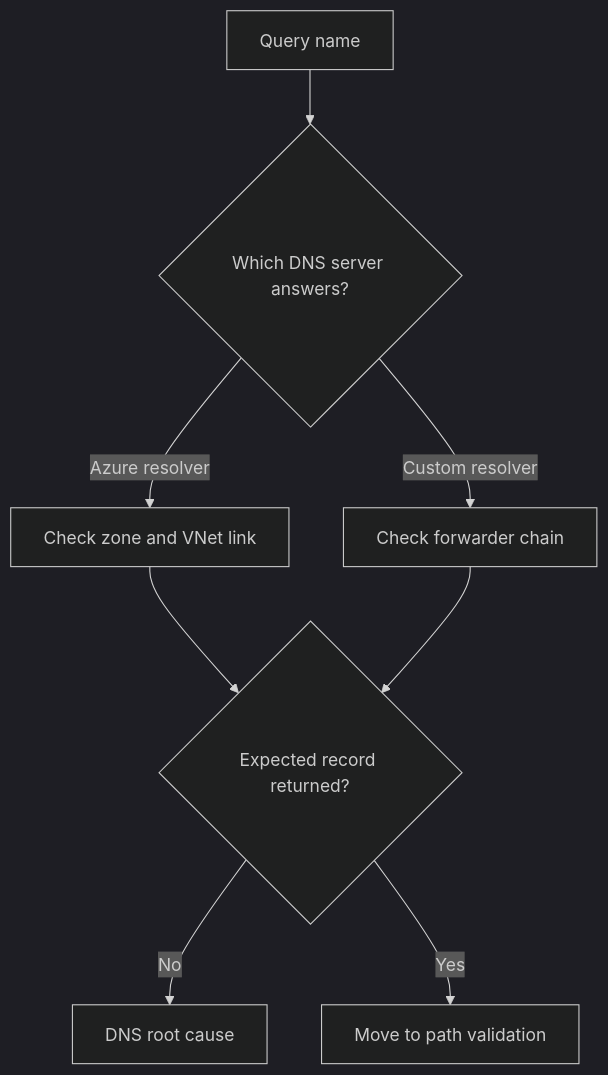
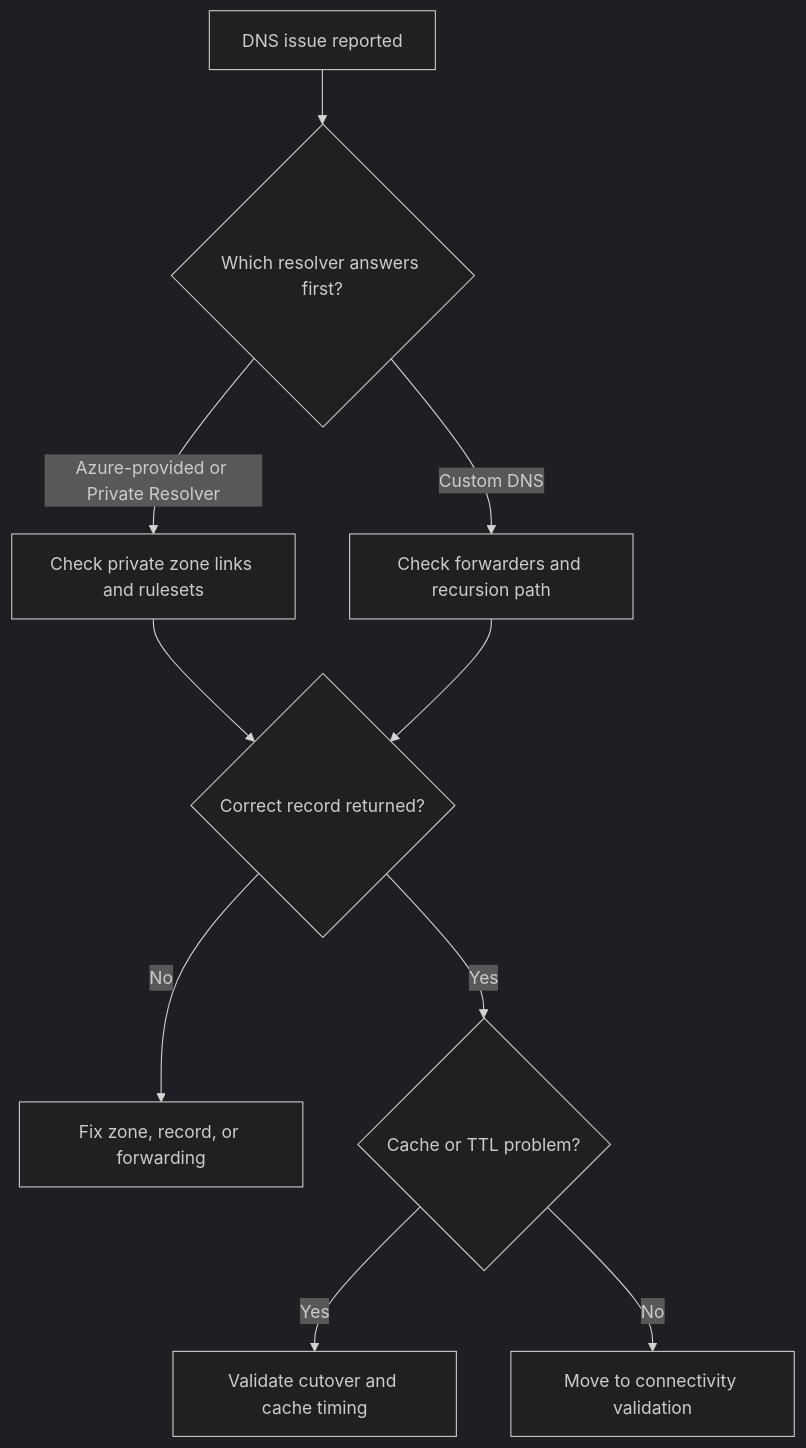
One commit to yeongseon/azure-networking-practical-guide changed the diagram in docs/troubleshooting/playbooks/dns/dns-resolution-failures.md. Above: the diagram before and after it, drawn with Mermaid (dark theme). The commit also changed other lines of this file and 7 other files, not shown here.

````diff
--- a/docs/troubleshooting/playbooks/dns/dns-resolution-failures.md
+++ b/docs/troubleshooting/playbooks/dns/dns-resolution-failures.md
@@ -19,10 +34,12 @@
 ```mermaid
-graph TD
-    A[Query name] --> B{Which DNS server answers?}
-    B -->|Azure resolver| C[Check zone and VNet link]
-    B -->|Custom resolver| D[Check forwarder chain]
-    C --> E{Expected record returned?}
+flowchart TD
+    A[DNS issue reported] --> B{Which resolver answers first?}
+    B -->|Azure-provided or Private Resolver| C[Check private zone links and rulesets]
+    B -->|Custom DNS| D[Check forwarders and recursion path]
+    C --> E{Correct record returned?}
     D --> E
-    E -->|No| F[DNS root cause]
-    E -->|Yes| G[Move to path validation]
+    E -->|No| F[Fix zone, record, or forwarding]
+    E -->|Yes| G{Cache or TTL problem?}
+    G -->|Yes| H[Validate cutover and cache timing]
+    G -->|No| I[Move to connectivity validation]
 ```
````
